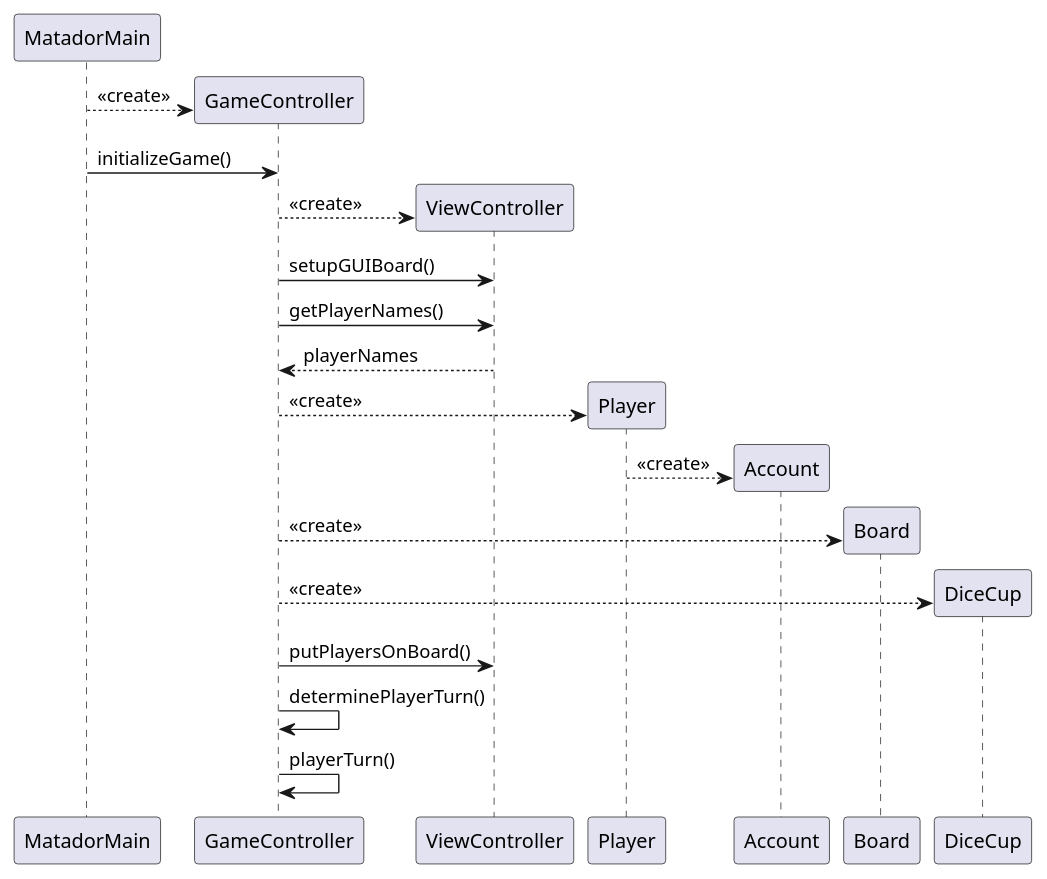
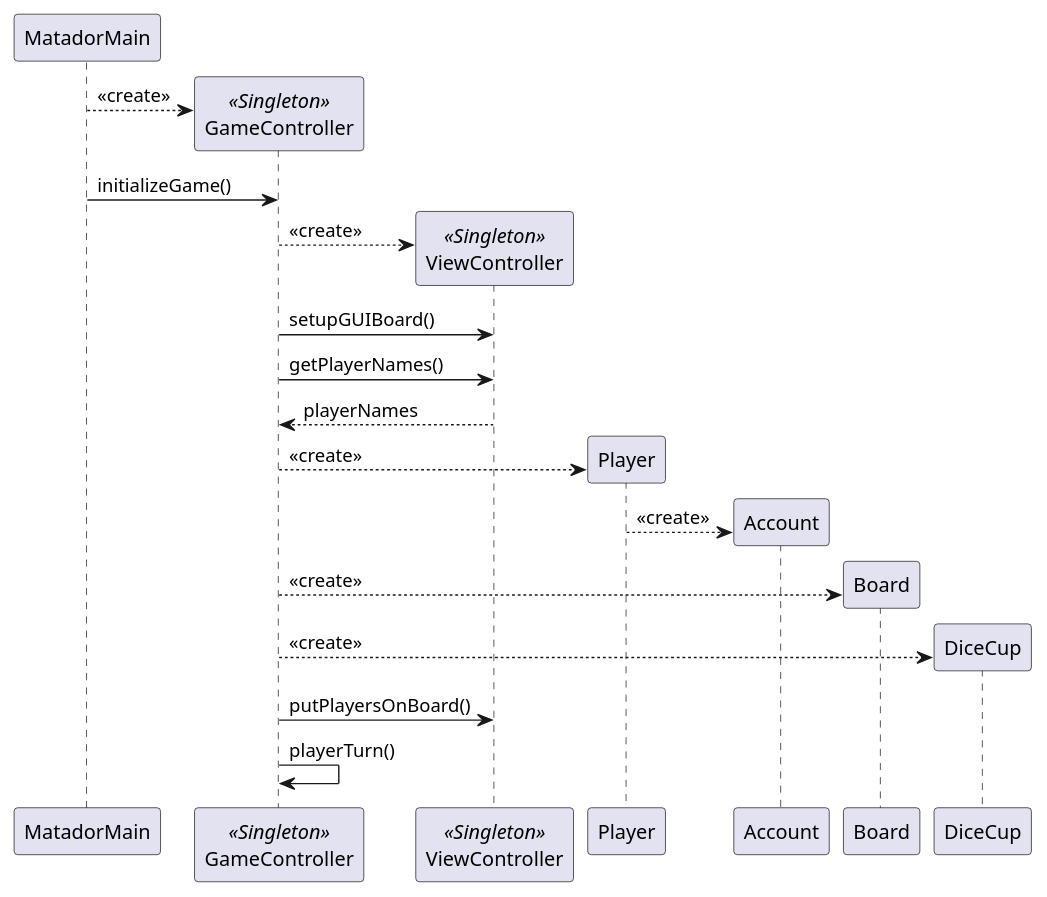
Before and after one commit to GabeKierk889/gruppe-18: the diagram in 18_final/UML/DesignSequenceDiagramInitializeGame.puml, drawn with PlantUML. The commit also changed 1 other file, not shown here.

Commit message:
Added changes to diagrams

```diff
--- a/18_final/UML/DesignSequenceDiagramInitializeGame.puml
+++ b/18_final/UML/DesignSequenceDiagramInitializeGame.puml
@@ -1,42 +1,40 @@
 @startuml
 'https://plantuml.com/sequence-diagram
 
 'autonumber
 
 create MatadorMain
-create GameController
+create GameController <<Singleton>>
 
 MatadorMain --> GameController : «create»
 MatadorMain -> GameController : initializeGame()
 
-create ViewController
+create ViewController <<Singleton>>
 
 GameController --> ViewController : «create»
 
 GameController -> ViewController : setupGUIBoard()
 GameController -> ViewController : getPlayerNames()
 ViewController --> GameController : playerNames
 
 create Player
 
 GameController --> Player : «create»
 
 create Account
 
 Player --> Account : «create»
 
 create Board
 
 GameController --> Board : «create»
 
 create DiceCup
 
 GameController --> DiceCup : «create»
 
 GameController -> ViewController : putPlayersOnBoard()
 
-GameController -> GameController : determinePlayerTurn()
-
 GameController -> GameController : playerTurn()
 
 @enduml
```
